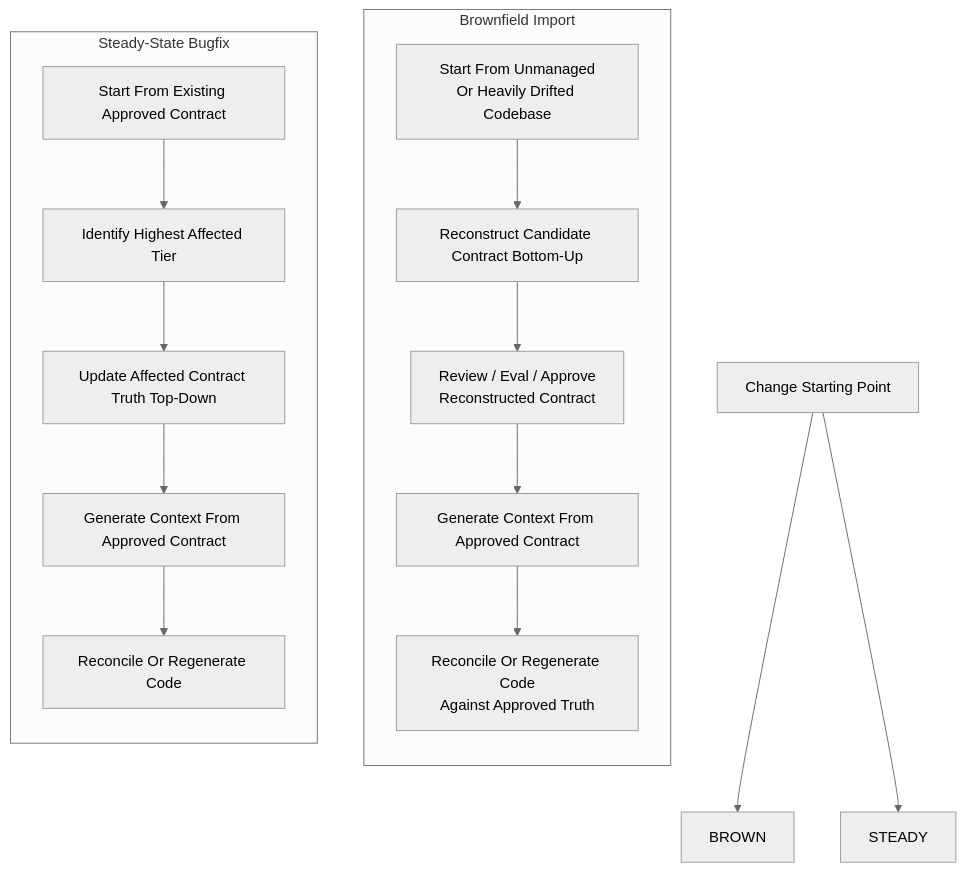
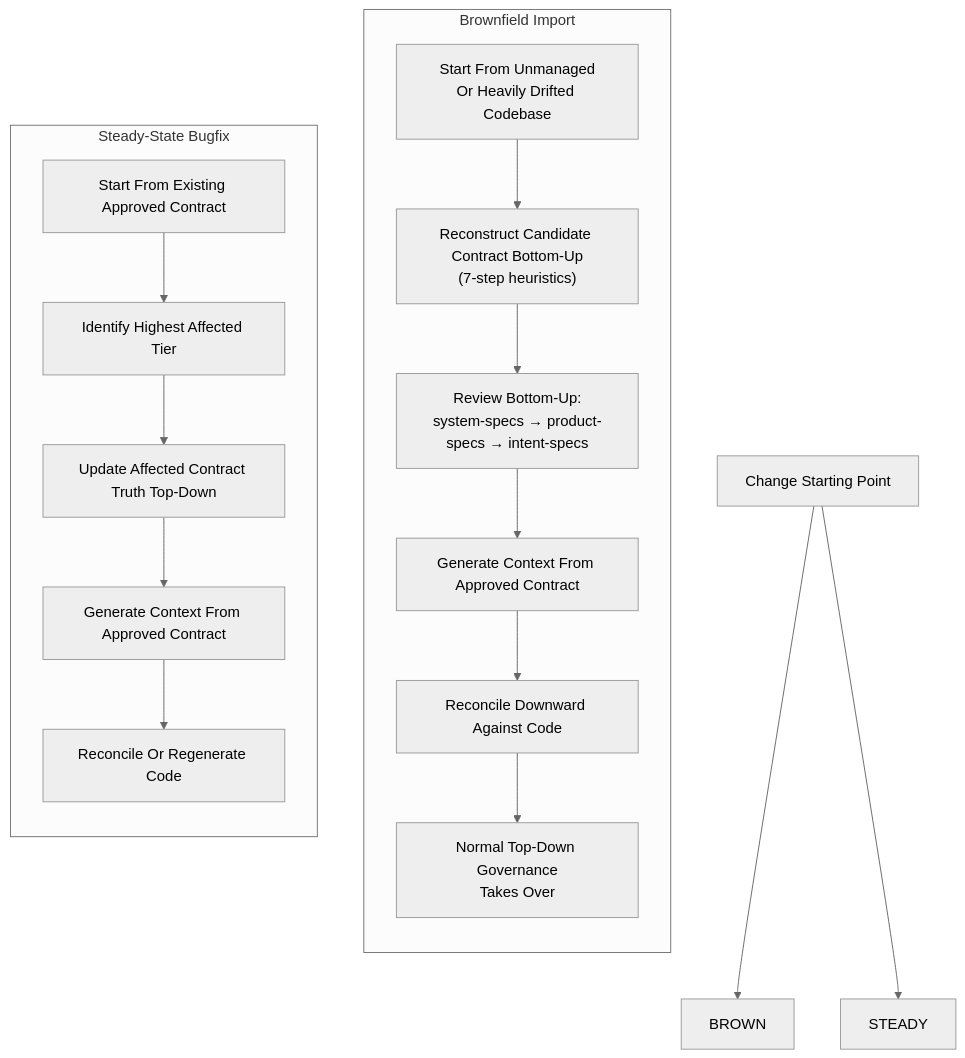
Before and after one commit to dahans-msft2/vibeloom-copilot-cli: the sixth of 6 diagrams in v02/vibeloom-methodology.md, drawn with Mermaid (neutral theme). The commit also changed other lines of this file and 4 other files, not shown here.

````diff
--- a/v02/vibeloom-methodology.md
+++ b/v02/vibeloom-methodology.md
@@ -766,29 +824,30 @@
 ```mermaid
 flowchart TD
     S["Change Starting Point"]
 
     S --> BROWN
     S --> STEADY
 
     subgraph BROWNFIELD["Brownfield Import"]
         direction TB
         B1["Start From Unmanaged<br/>Or Heavily Drifted Codebase"]
-        B2["Reconstruct Candidate Contract Bottom-Up"]
-        B3["Review / Eval / Approve<br/>Reconstructed Contract"]
+        B2["Reconstruct Candidate Contract Bottom-Up<br/>(7-step heuristics)"]
+        B3["Review Bottom-Up:<br/>system-specs → product-specs → intent-specs"]
         B4["Generate Context From Approved Contract"]
-        B5["Reconcile Or Regenerate Code<br/>Against Approved Truth"]
+        B5["Reconcile Downward Against Code"]
+        B6["Normal Top-Down Governance<br/>Takes Over"]
 
-        B1 --> B2 --> B3 --> B4 --> B5
+        B1 --> B2 --> B3 --> B4 --> B5 --> B6
     end
 
     subgraph BUGFIX["Steady-State Bugfix"]
         direction TB
         S1["Start From Existing Approved Contract"]
         S2["Identify Highest Affected Tier"]
         S3["Update Affected Contract Truth Top-Down"]
         S4["Generate Context From Approved Contract"]
         S5["Reconcile Or Regenerate Code"]
 
         S1 --> S2 --> S3 --> S4 --> S5
     end
 ```
````
